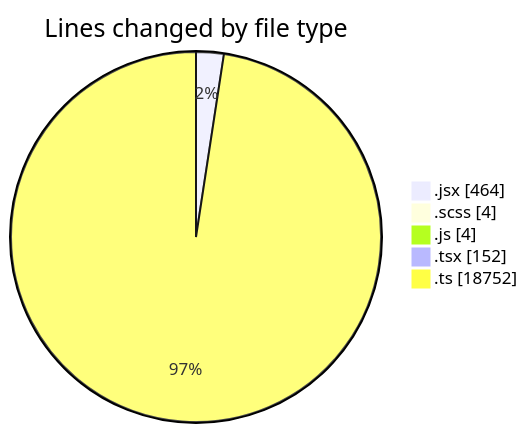
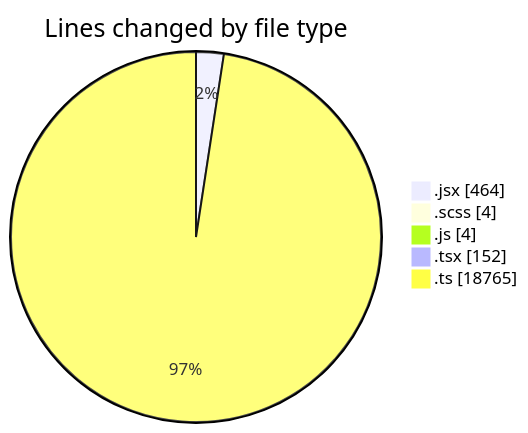
The first of 2 diagrams in 2025-06-04/cda/README.md (momahboobian/code-tracking), drawn with Mermaid before and after one commit. The commit also changed other lines of this file and 1 other file, not shown here.

````diff
--- a/2025-06-04/cda/README.md
+++ b/2025-06-04/cda/README.md
@@ -27,9 +27,9 @@
 ```mermaid
 pie showData
 title Lines changed by file type
 ".jsx" : 464
 ".scss" : 4
 ".js" : 4
 ".tsx" : 152
-".ts" : 18752
+".ts" : 18765
 ```
````
